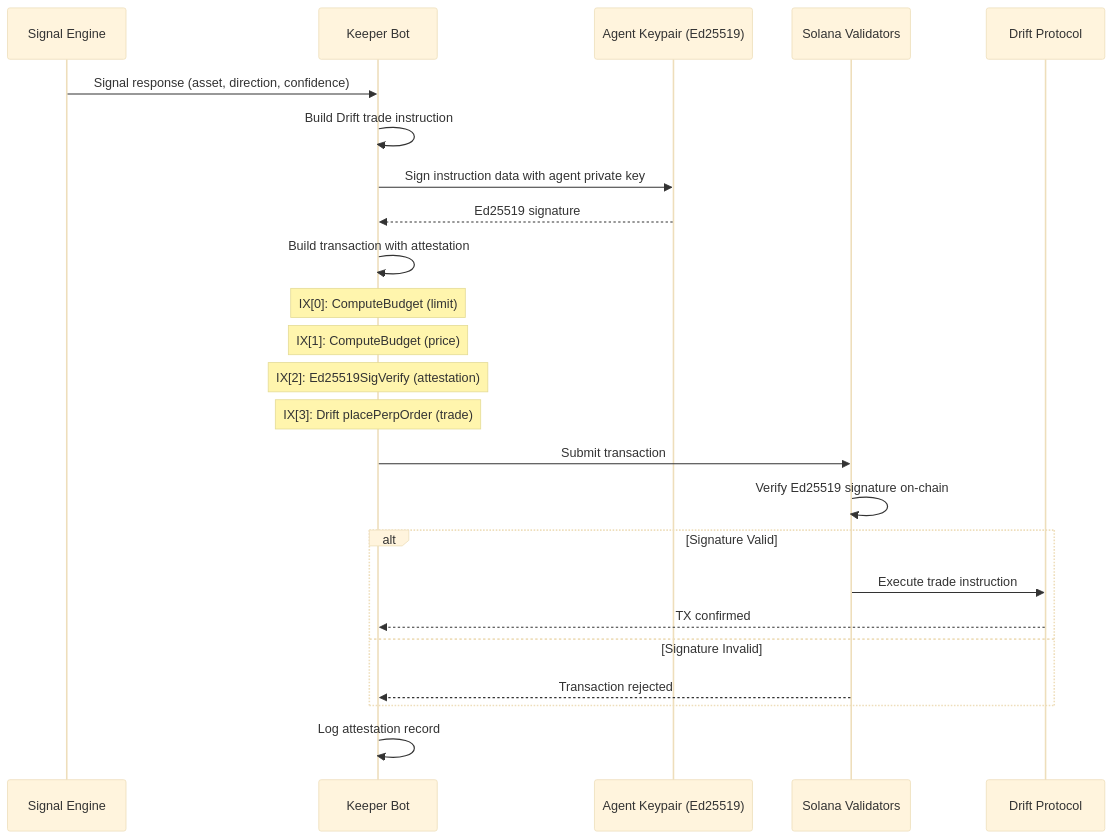
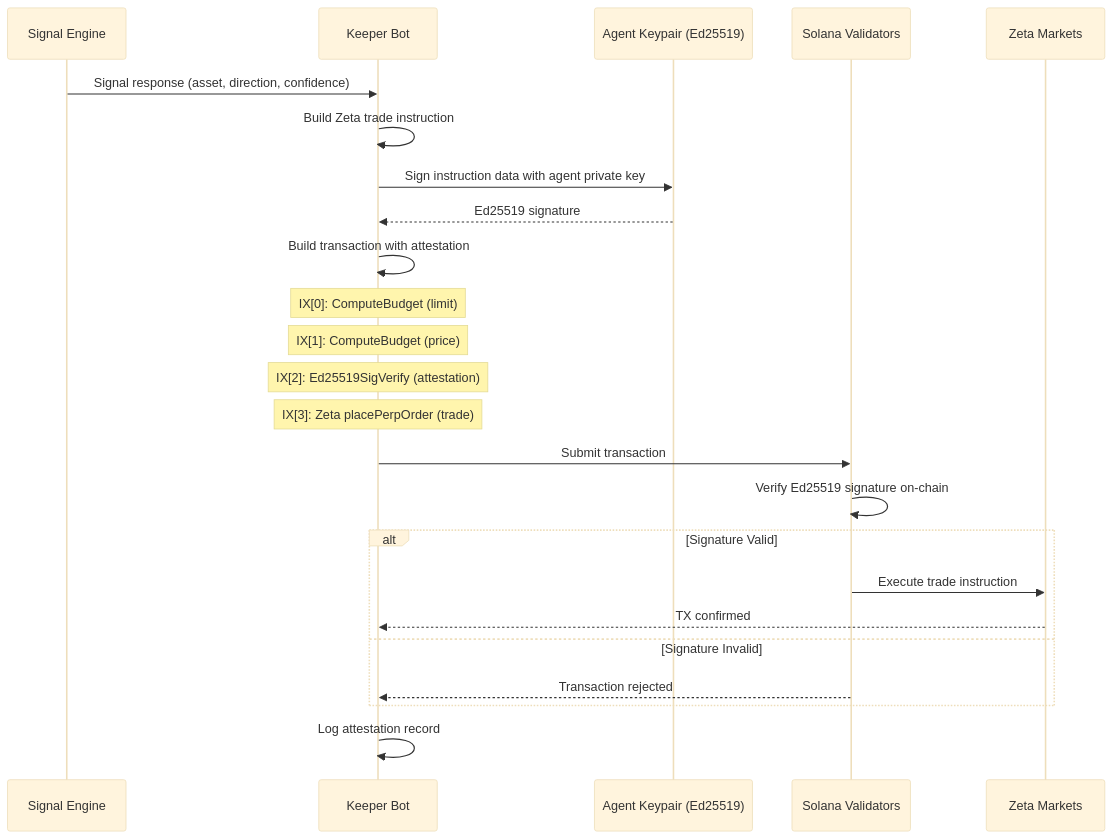
Before and after one commit to Ashutosh0x/ranger-ai-vault: the diagram in docs/ATTESTATION.md, drawn with Mermaid (base theme). The commit also changed other lines of this file and 82 other files, not shown here.

Commit message:
feat: pivot from Drift to Zeta Markets and add walk-forward backtest results

````diff
--- a/docs/ATTESTATION.md
+++ b/docs/ATTESTATION.md
@@ -19,27 +19,27 @@
 ```mermaid
 sequenceDiagram
     participant SE as Signal Engine
     participant K as Keeper Bot
     participant A as Agent Keypair (Ed25519)
     participant S as Solana Validators
-    participant D as Drift Protocol
+    participant D as Zeta Markets
 
     SE->>K: Signal response (asset, direction, confidence)
-    K->>K: Build Drift trade instruction
+    K->>K: Build Zeta trade instruction
     K->>A: Sign instruction data with agent private key
     A-->>K: Ed25519 signature
     K->>K: Build transaction with attestation
     Note over K: IX[0]: ComputeBudget (limit)
     Note over K: IX[1]: ComputeBudget (price)
     Note over K: IX[2]: Ed25519SigVerify (attestation)
-    Note over K: IX[3]: Drift placePerpOrder (trade)
+    Note over K: IX[3]: Zeta placePerpOrder (trade)
     K->>S: Submit transaction
     S->>S: Verify Ed25519 signature on-chain
     alt Signature Valid
         S->>D: Execute trade instruction
         D-->>K: TX confirmed
     else Signature Invalid
         S-->>K: Transaction rejected
     end
     K->>K: Log attestation record
 ```
````
